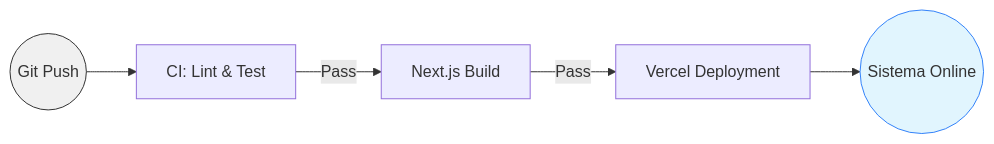
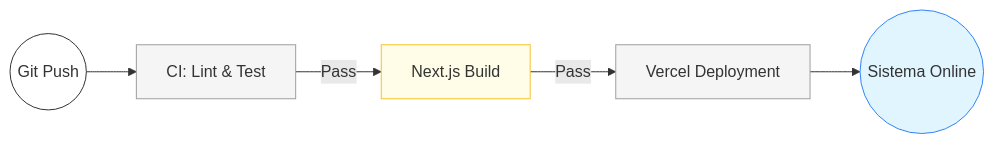
The diagram in docs/AUTODOC_CI_CD_PIPELINE.md (Srozasc/meli-seller-command-center), drawn with Mermaid before and after one commit. The commit also changed other lines of this file and 3 other files, not shown here.

Commit message:
docs: improve contrast in Mermaid diagrams across all documents

````diff
--- a/docs/AUTODOC_CI_CD_PIPELINE.md
+++ b/docs/AUTODOC_CI_CD_PIPELINE.md
@@ -7,10 +7,13 @@
 ```mermaid
 graph LR
     Push((Git Push)) --> CI[CI: Lint & Test]
     CI -- Pass --> Build[Next.js Build]
     Build -- Pass --> Vercel[Vercel Deployment]
     Vercel --> Online((Sistema Online))
     
-    style Push fill:#f0f0f0,stroke:#333
-    style Online fill:#e1f5fe,stroke:#3483fa
+    style Push fill:#ffffff,stroke:#333,color:#333
+    style CI fill:#f5f5f5,stroke:#9e9e9e,color:#333
+    style Build fill:#fffde7,stroke:#fbc02d,color:#333
+    style Vercel fill:#f5f5f5,stroke:#9e9e9e,color:#333
+    style Online fill:#e1f5fe,stroke:#3483fa,color:#333
 ```
````
